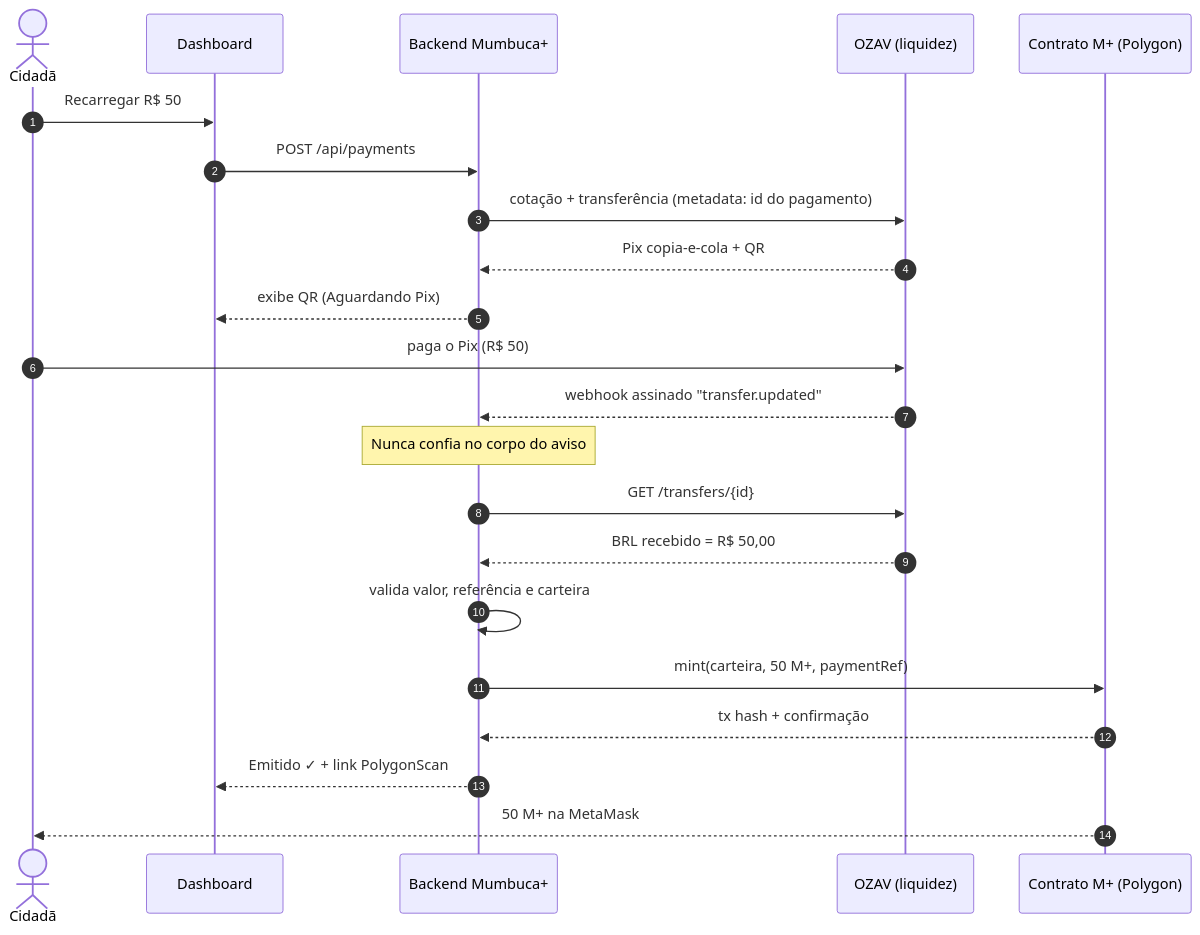
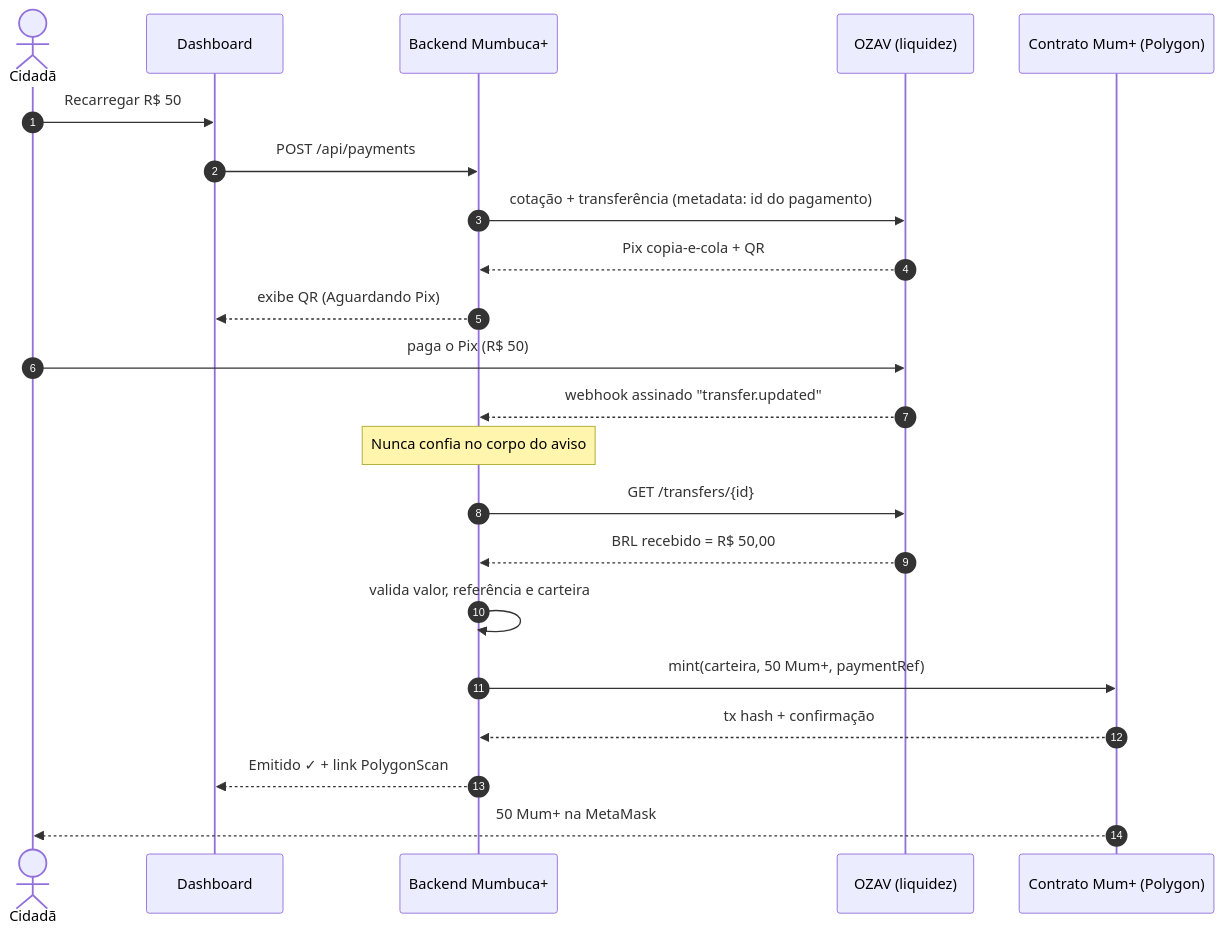
Before and after one commit to Peragus01/Mumbuca-plus: the third of 4 diagrams in README.md, drawn with Mermaid. The commit also changed other lines of this file and 2 other files, not shown here.

Commit message:
docs: rename token symbol from M+ to Mum+

````diff
--- a/README.md
+++ b/README.md
@@ -187,25 +187,25 @@
 ```mermaid
 sequenceDiagram
     autonumber
     actor Cidada as Cidadã
     participant Dash as Dashboard
     participant API as Backend Mumbuca+
     participant OZAV as OZAV (liquidez)
-    participant SC as Contrato M+ (Polygon)
+    participant SC as Contrato Mum+ (Polygon)
 
     Cidada->>Dash: Recarregar R$ 50
     Dash->>API: POST /api/payments
     API->>OZAV: cotação + transferência (metadata: id do pagamento)
     OZAV-->>API: Pix copia-e-cola + QR
     API-->>Dash: exibe QR (Aguardando Pix)
     Cidada->>OZAV: paga o Pix (R$ 50)
     OZAV-->>API: webhook assinado "transfer.updated"
     Note over API: Nunca confia no corpo do aviso
     API->>OZAV: GET /transfers/{id}
     OZAV-->>API: BRL recebido = R$ 50,00
     API->>API: valida valor, referência e carteira
-    API->>SC: mint(carteira, 50 M+, paymentRef)
+    API->>SC: mint(carteira, 50 Mum+, paymentRef)
     SC-->>API: tx hash + confirmação
     API-->>Dash: Emitido ✓ + link PolygonScan
-    SC-->>Cidada: 50 M+ na MetaMask
+    SC-->>Cidada: 50 Mum+ na MetaMask
 ```
````
